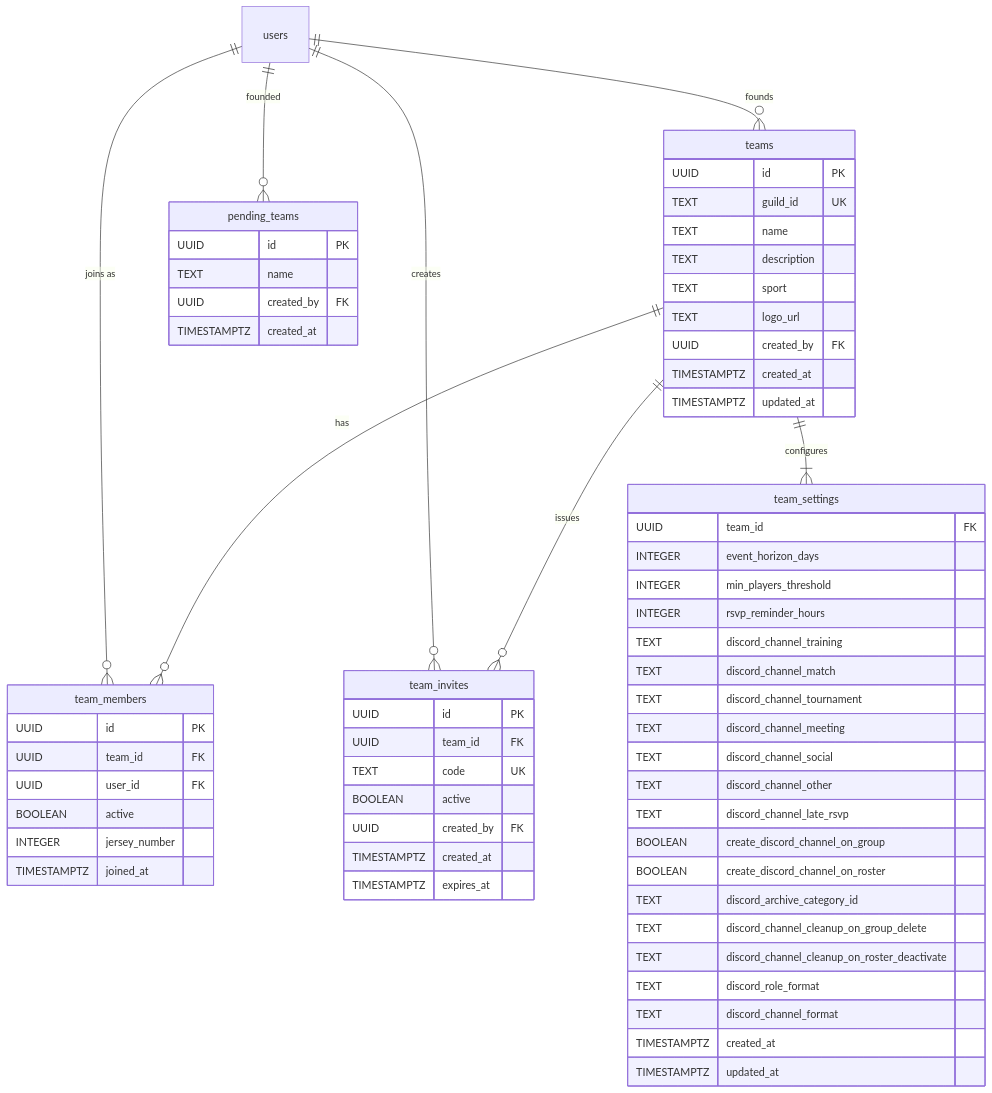
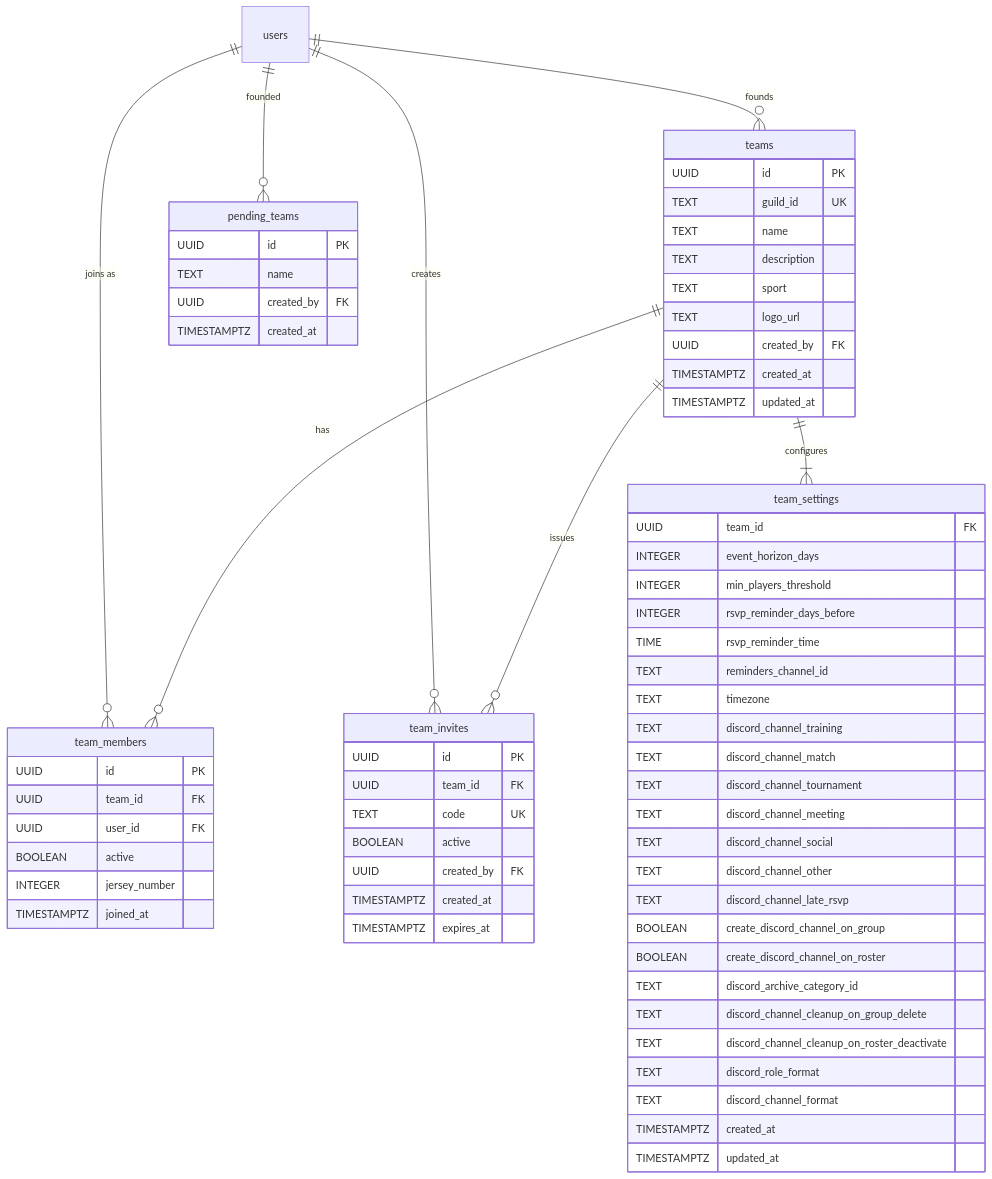
One commit to maxa-ondrej/sideline changed the third of 12 diagrams in docs/thesis/er-diagram.md. Above: the diagram before and after it, drawn with Mermaid. The commit also changed other lines of this file and 43 other files, not shown here.

````diff
--- a/docs/thesis/er-diagram.md
+++ b/docs/thesis/er-diagram.md
@@ -145,71 +145,74 @@
 ```mermaid
 erDiagram
     teams {
         UUID id PK
         TEXT guild_id UK
         TEXT name
         TEXT description
         TEXT sport
         TEXT logo_url
         UUID created_by FK
         TIMESTAMPTZ created_at
         TIMESTAMPTZ updated_at
     }
 
     team_members {
         UUID id PK
         UUID team_id FK
         UUID user_id FK
         BOOLEAN active
         INTEGER jersey_number
         TIMESTAMPTZ joined_at
     }
 
     team_invites {
         UUID id PK
         UUID team_id FK
         TEXT code UK
         BOOLEAN active
         UUID created_by FK
         TIMESTAMPTZ created_at
         TIMESTAMPTZ expires_at
     }
 
     team_settings {
         UUID team_id FK
         INTEGER event_horizon_days
         INTEGER min_players_threshold
-        INTEGER rsvp_reminder_hours
+        INTEGER rsvp_reminder_days_before
+        TIME rsvp_reminder_time
+        TEXT reminders_channel_id
+        TEXT timezone
         TEXT discord_channel_training
         TEXT discord_channel_match
         TEXT discord_channel_tournament
         TEXT discord_channel_meeting
         TEXT discord_channel_social
         TEXT discord_channel_other
         TEXT discord_channel_late_rsvp
         BOOLEAN create_discord_channel_on_group
         BOOLEAN create_discord_channel_on_roster
         TEXT discord_archive_category_id
         TEXT discord_channel_cleanup_on_group_delete
         TEXT discord_channel_cleanup_on_roster_deactivate
         TEXT discord_role_format
         TEXT discord_channel_format
         TIMESTAMPTZ created_at
         TIMESTAMPTZ updated_at
     }
 
     pending_teams {
         UUID id PK
         TEXT name
         UUID created_by FK
         TIMESTAMPTZ created_at
     }
 
     users ||--o{ teams : "founds"
     users ||--o{ team_members : "joins as"
     users ||--o{ team_invites : "creates"
     users ||--o{ pending_teams : "founded"
     teams ||--o{ team_members : "has"
     teams ||--o{ team_invites : "issues"
     teams ||--|{ team_settings : "configures"
 ```
````
